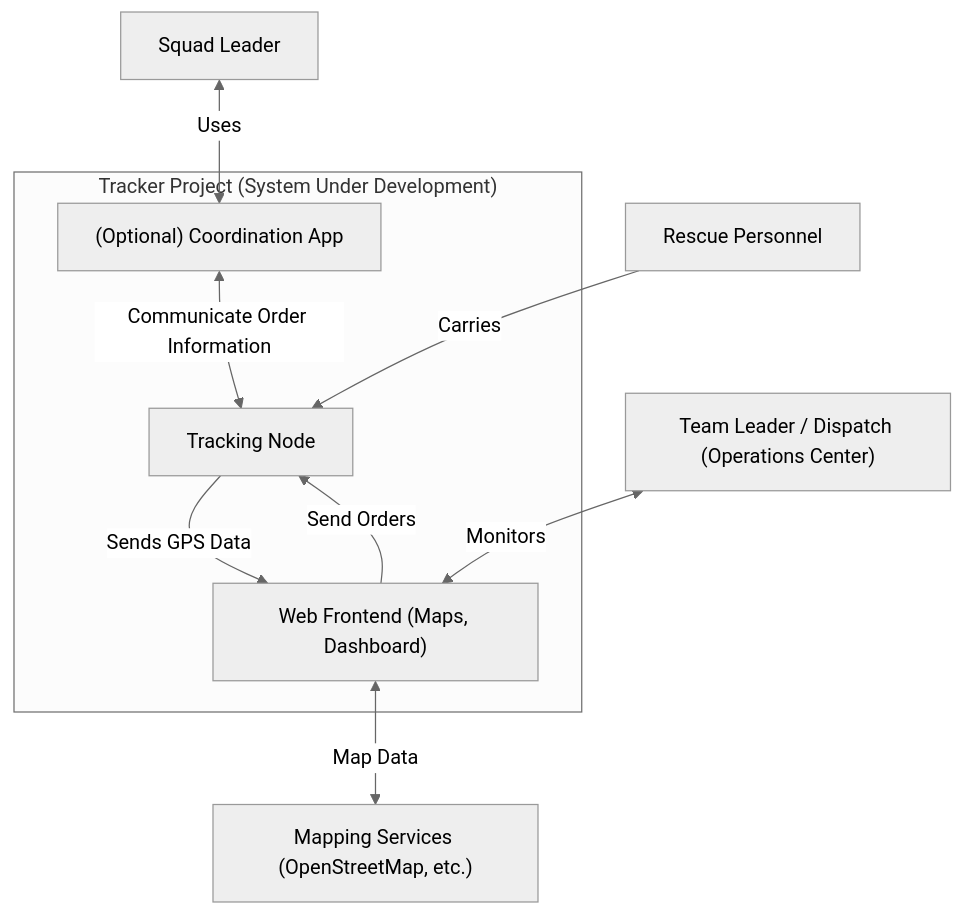
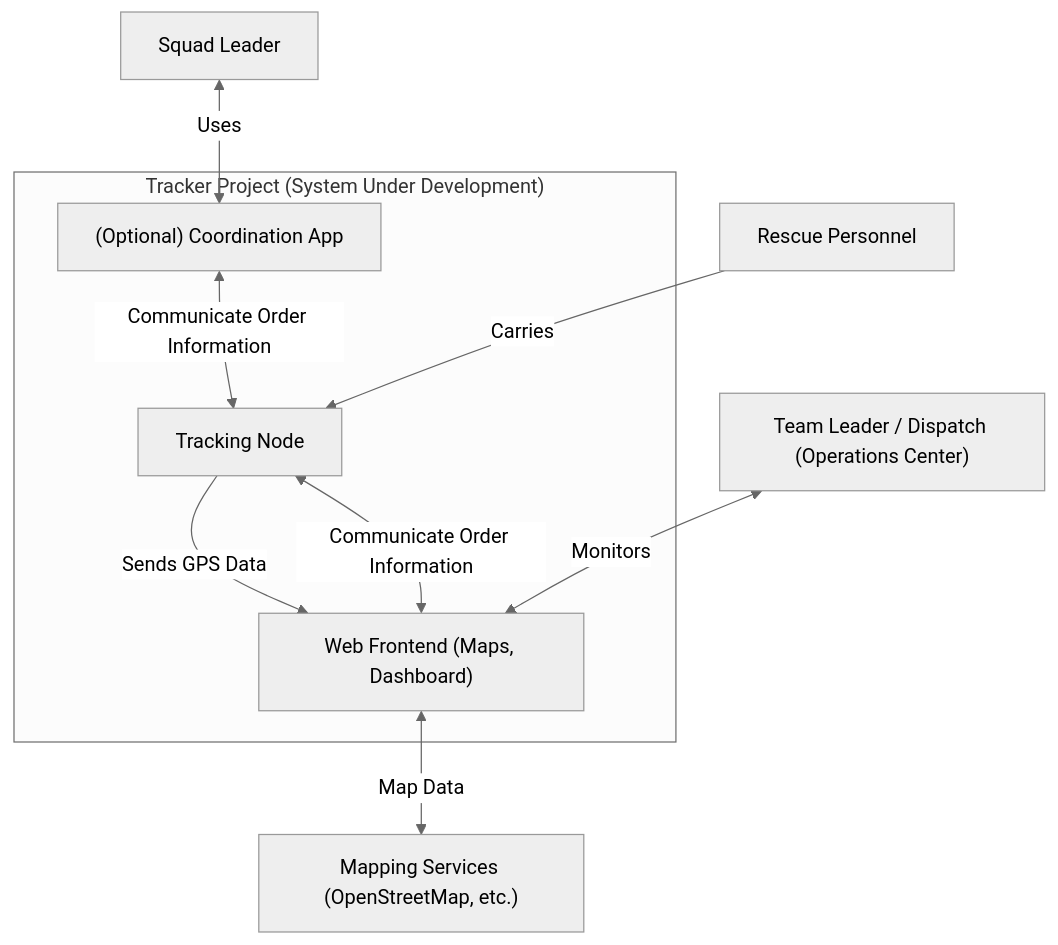
One commit to Genei180/RESCUE changed the first of 2 diagrams in docs/arc42.md. Above: the diagram before and after it, drawn with Mermaid (neutral theme). The commit also changed other lines of this file and 9 other files, not shown here.

````diff
--- a/docs/arc42.md
+++ b/docs/arc42.md
@@ -126,22 +113,22 @@
 ```mermaid
 flowchart TD
 
     subgraph Tracker_Project["Tracker Project (System Under Development)"]
         APP["(Optional) Coordination App"]
         NODE["Tracking Node"]
         FE["Web Frontend (Maps, Dashboard)"]
     end
 
     SL["Squad Leader"]
     RP["Rescue Personnel"]
     TL["Team Leader / Dispatch (Operations Center)"]
     MAP["Mapping Services (OpenStreetMap, etc.)"]
 
     NODE -- Sends GPS Data --> FE
-    FE -- Send Orders --> NODE
+    FE <-- Communicate Order Information --> NODE
     APP <-- Communicate Order Information --> NODE
     SL <-- Uses --> APP
     RP -- Carries --> NODE
     TL <-- Monitors --> FE
     FE <-- Map Data --> MAP
 ```
````
